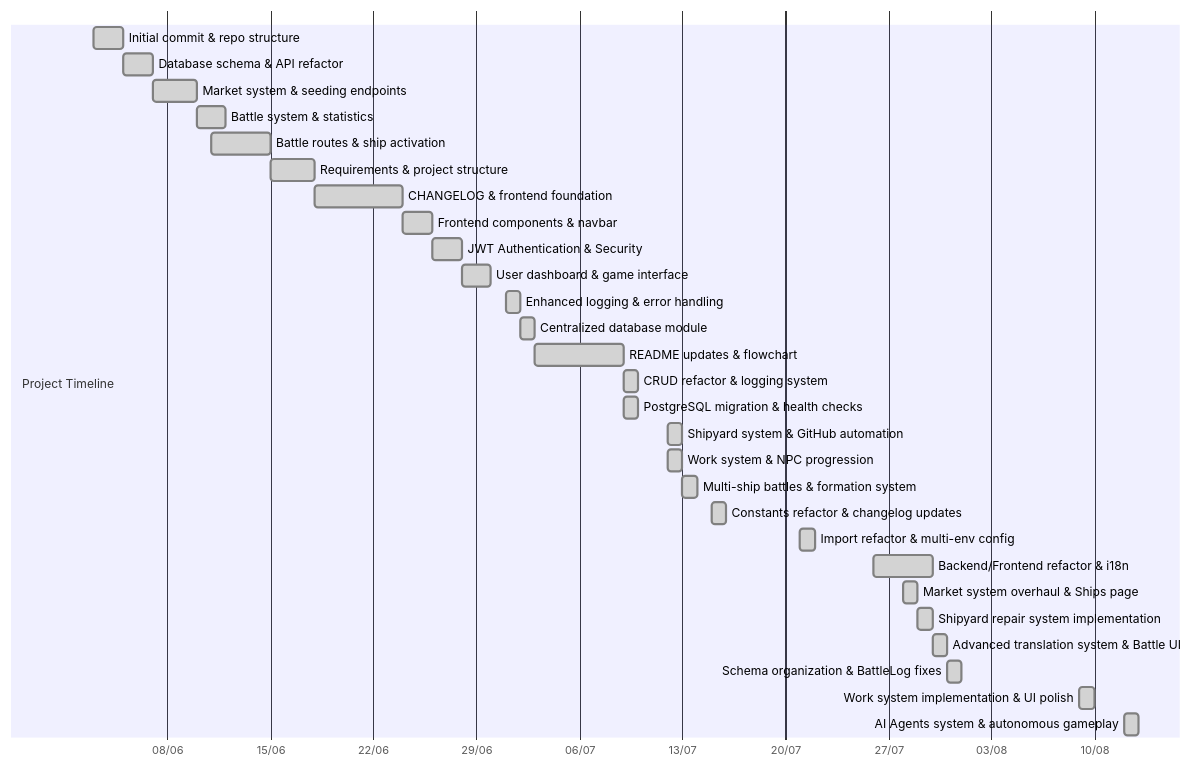
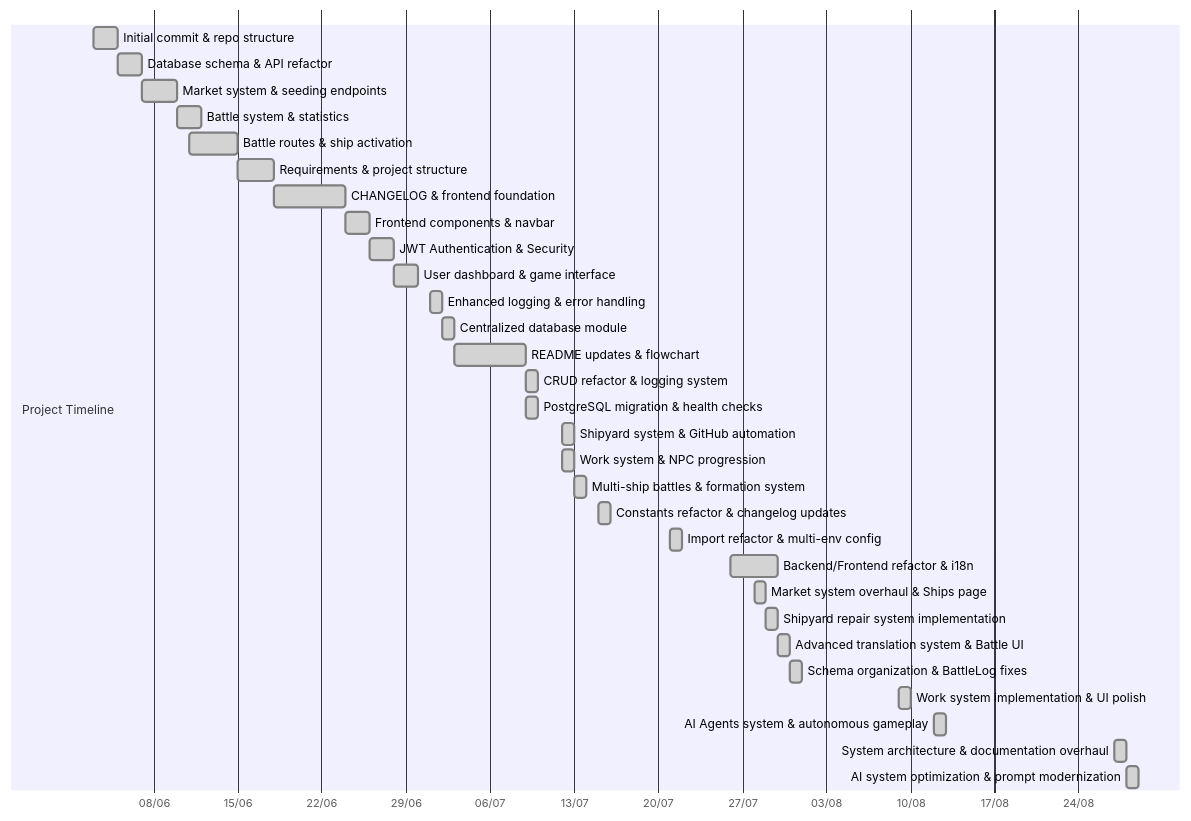
The second of 2 diagrams in README.md (FilipePacheco73/Bellum-Astrum), drawn with Mermaid before and after one commit. The commit also changed other lines of this file and 14 other files, not shown here.

````diff
--- a/README.md
+++ b/README.md
@@ -177,33 +177,35 @@
 ```mermaid
 gantt
 dateFormat  YYYY-MM-DD
 axisFormat  %d/%m
 section Project Timeline
 Initial commit & repo structure        :done,    des1, 2025-06-03, 2d
 Database schema & API refactor         :done,    des2, 2025-06-05, 2d
 Market system & seeding endpoints      :done,    des3, 2025-06-07, 3d
 Battle system & statistics             :done,    des4, 2025-06-10, 2d
 Battle routes & ship activation        :done,    des5, 2025-06-11, 4d
 Requirements & project structure       :done,    des6, 2025-06-15, 3d
 CHANGELOG & frontend foundation        :done,    des7, 2025-06-18, 6d
 Frontend components & navbar           :done,    des8, 2025-06-24, 2d
 JWT Authentication & Security          :done,    des9, 2025-06-26, 2d
 User dashboard & game interface        :done,    des10, 2025-06-28, 2d
 Enhanced logging & error handling      :done,    des11, 2025-07-01, 1d
 Centralized database module            :done,    des12, 2025-07-02, 1d
 README updates & flowchart             :done,    des13, 2025-07-03, 6d
 CRUD refactor & logging system         :done,    des14, 2025-07-09, 1d
 PostgreSQL migration & health checks   :done,    des15, 2025-07-09, 1d
 Shipyard system & GitHub automation    :done,    des16, 2025-07-12, 1d
 Work system & NPC progression          :done,    des17, 2025-07-12, 1d
 Multi-ship battles & formation system  :done,    des18, 2025-07-13, 1d
 Constants refactor & changelog updates :done,    des19, 2025-07-15, 1d
 Import refactor & multi-env config     :done,    des20, 2025-07-21, 1d
 Backend/Frontend refactor & i18n       :done,    des21, 2025-07-26, 4d
 Market system overhaul & Ships page    :done,    des22, 2025-07-28, 1d
 Shipyard repair system implementation  :done,    des23, 2025-07-29, 1d
 Advanced translation system & Battle UI :done,   des24, 2025-07-30, 1d
 Schema organization & BattleLog fixes  :done,    des25, 2025-07-31, 1d
 Work system implementation & UI polish :done,    des26, 2025-08-09, 1d
 AI Agents system & autonomous gameplay :done,    des27, 2025-08-12, 1d
+System architecture & documentation overhaul :done, des28, 2025-08-27, 1d
+AI system optimization & prompt modernization :done, des29, 2025-08-28, 1d
 ```
````
